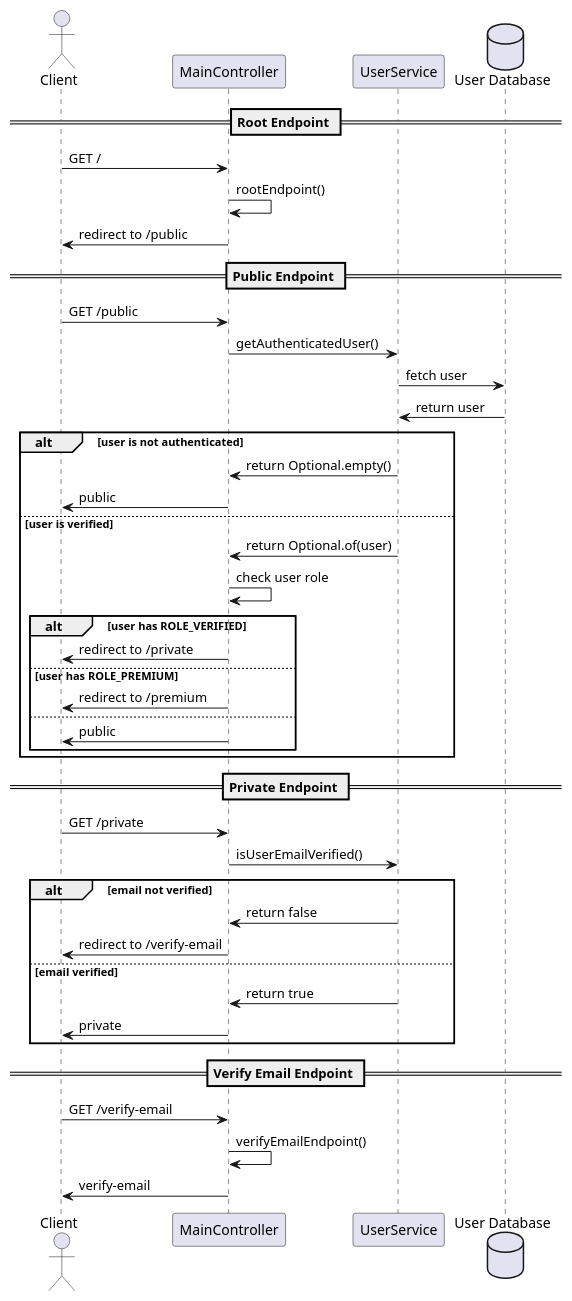
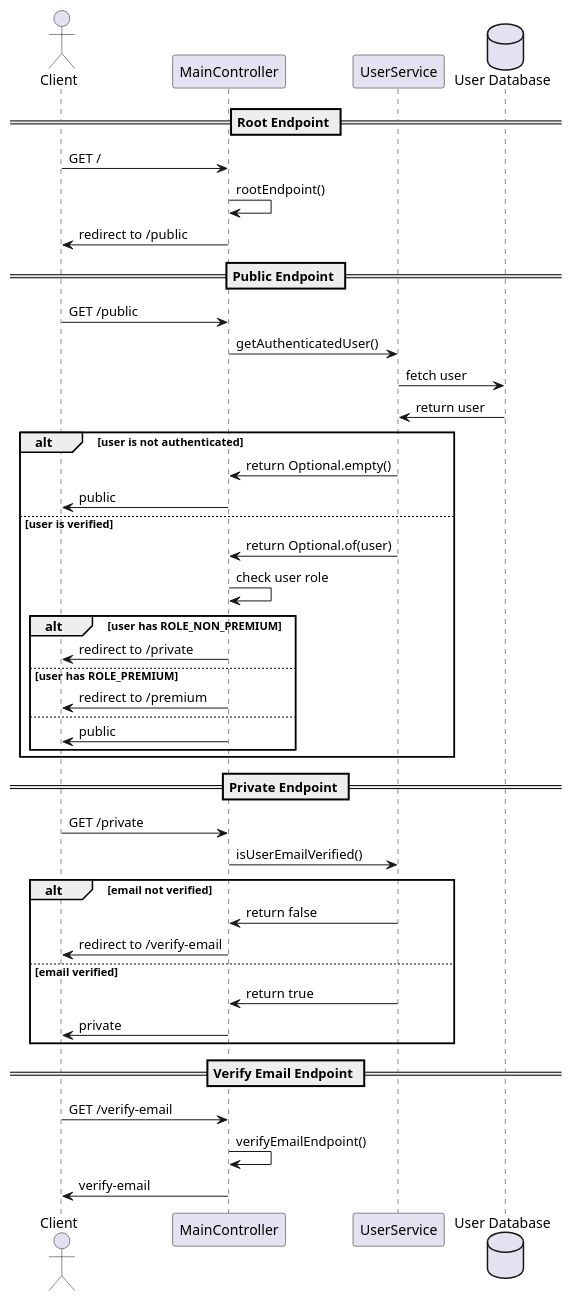
One commit to nek8082/spring-boot-expense-tracker changed the diagram in doc/rest/MainController.puml. Above: the diagram before and after it, drawn with PlantUML. The commit also changed 6 other files, not shown here.

Commit message:
refactor: rename ROLE_VERIFIED to ROLE_NON_PREMIUM

```diff
--- a/doc/rest/MainController.puml
+++ b/doc/rest/MainController.puml
@@ -1,48 +1,48 @@
 @startuml
 actor Client
 participant "MainController" as MC
 participant "UserService" as US
 database "User Database" as DB
 
 == Root Endpoint ==
 Client -> MC : GET /
 MC -> MC : rootEndpoint()
 MC -> Client : redirect to /public
 
 == Public Endpoint ==
 Client -> MC : GET /public
 MC -> US : getAuthenticatedUser()
 US -> DB : fetch user
 DB -> US : return user
 alt user is not authenticated
     US -> MC : return Optional.empty()
     MC -> Client : public
 else user is verified
     US -> MC : return Optional.of(user)
     MC -> MC : check user role
-    alt user has ROLE_VERIFIED
+    alt user has ROLE_NON_PREMIUM
         MC -> Client : redirect to /private
     else user has ROLE_PREMIUM
         MC -> Client : redirect to /premium
     else
         MC -> Client : public
     end
 end
 
 == Private Endpoint ==
 Client -> MC : GET /private
 MC -> US : isUserEmailVerified()
 alt email not verified
     US -> MC : return false
     MC -> Client : redirect to /verify-email
 else email verified
     US -> MC : return true
     MC -> Client : private
 end
 
 == Verify Email Endpoint ==
 Client -> MC : GET /verify-email
 MC -> MC : verifyEmailEndpoint()
 MC -> Client : verify-email
 
 @enduml
```
